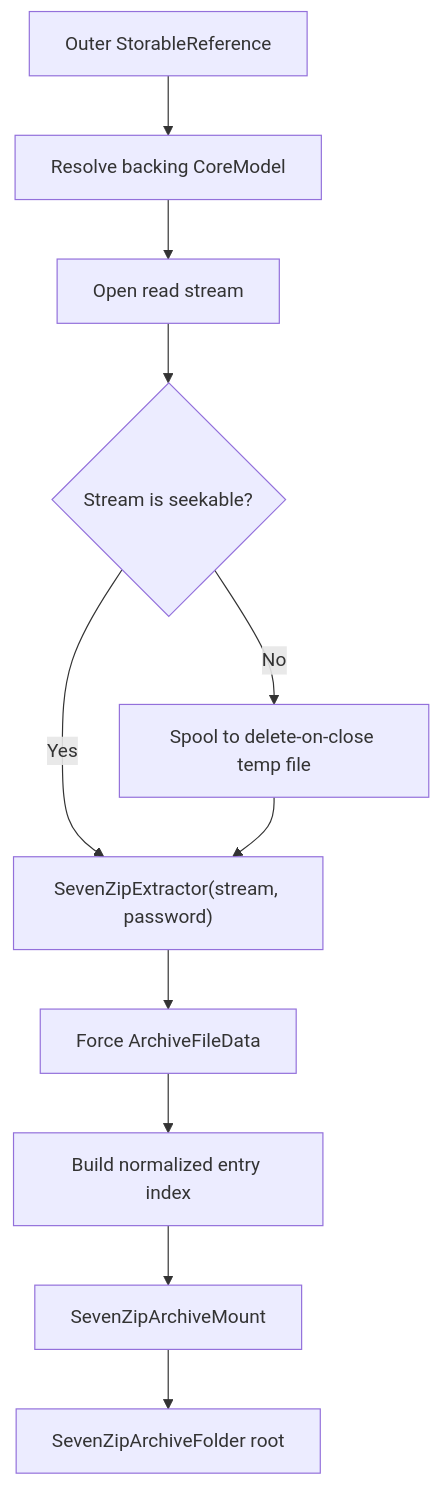
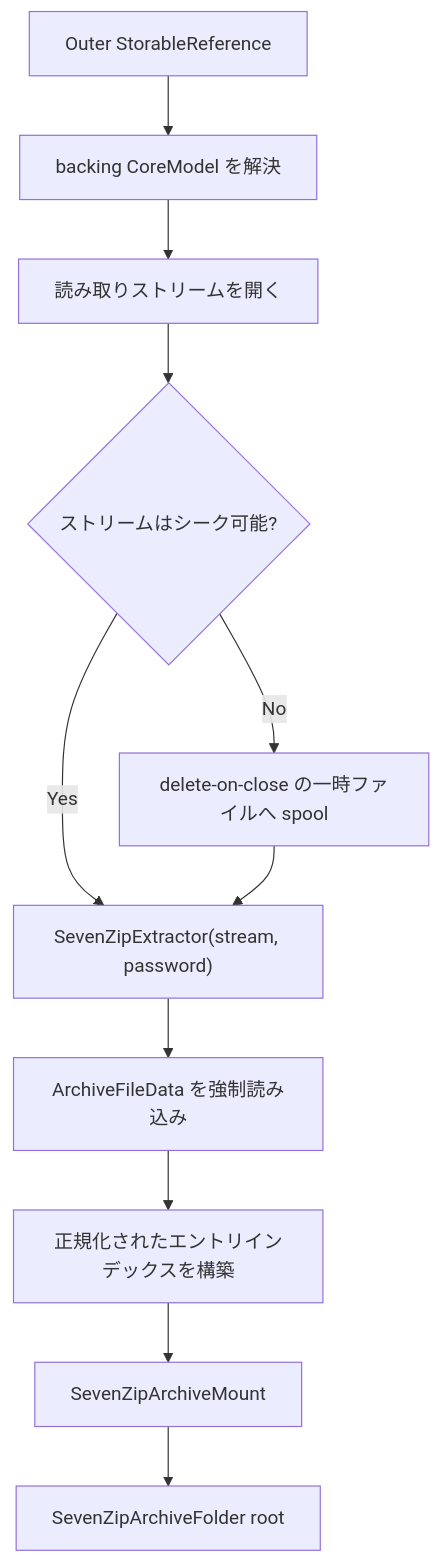
Before and after one commit to 0x5bfa/Files: the second of 3 diagrams in docs/architecture/archives.md, drawn with Mermaid. The commit also changed other lines of this file and 18 other files, not shown here.

Commit message:
Translate architecture docs to Japanese

````diff
--- a/docs/architecture/archives.md
+++ b/docs/architecture/archives.md
@@ -156,24 +143,24 @@
 ```mermaid
 flowchart TD
     Reference["Outer StorableReference"]
-    Resolve["Resolve backing CoreModel"]
-    Stream["Open read stream"]
-    Seek{"Stream is seekable?"}
-    Spool["Spool to delete-on-close temp file"]
+    Resolve["backing CoreModel を解決"]
+    Stream["読み取りストリームを開く"]
+    Seek{"ストリームはシーク可能?"}
+    Spool["delete-on-close の一時ファイルへ spool"]
     Extractor["SevenZipExtractor(stream, password)"]
-    Entries["Force ArchiveFileData"]
-    Index["Build normalized entry index"]
+    Entries["ArchiveFileData を強制読み込み"]
+    Index["正規化されたエントリインデックスを構築"]
     Mount["SevenZipArchiveMount"]
     Root["SevenZipArchiveFolder root"]
 
     Reference --> Resolve
     Resolve --> Stream
     Stream --> Seek
     Seek -- Yes --> Extractor
     Seek -- No --> Spool
     Spool --> Extractor
     Extractor --> Entries
     Entries --> Index
     Index --> Mount
     Mount --> Root
 ```
````
